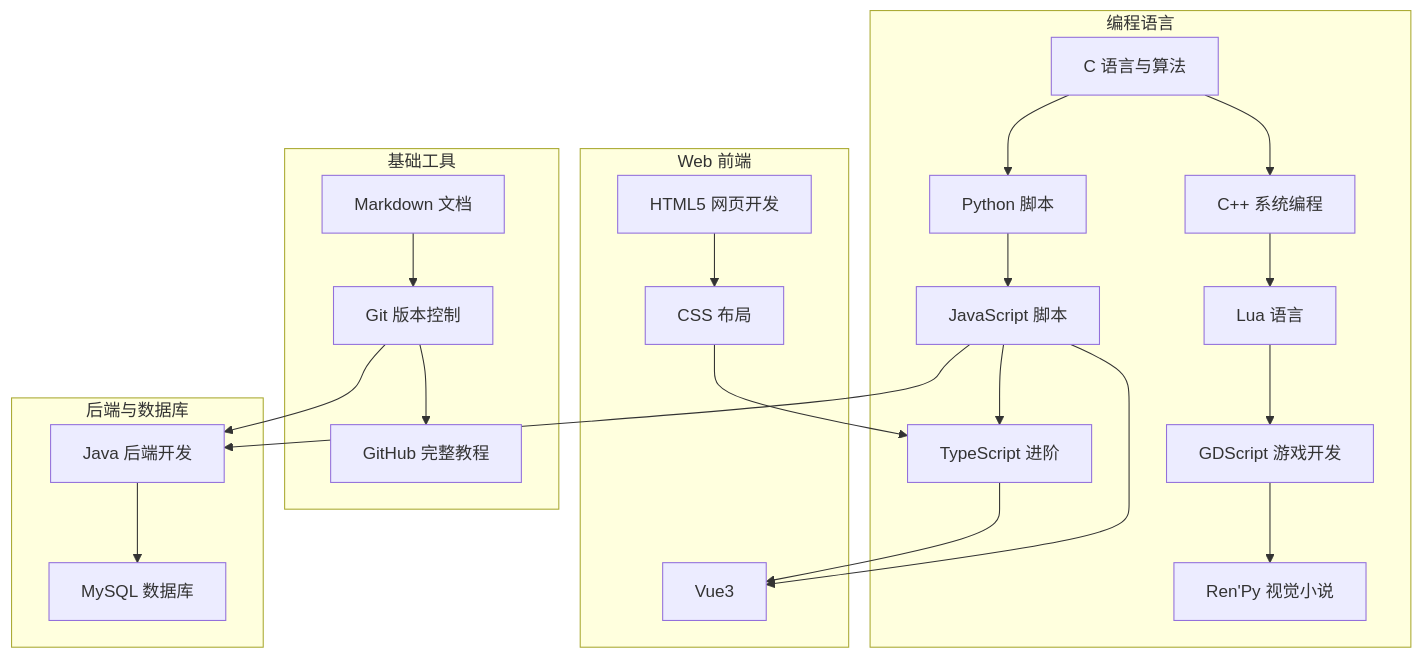
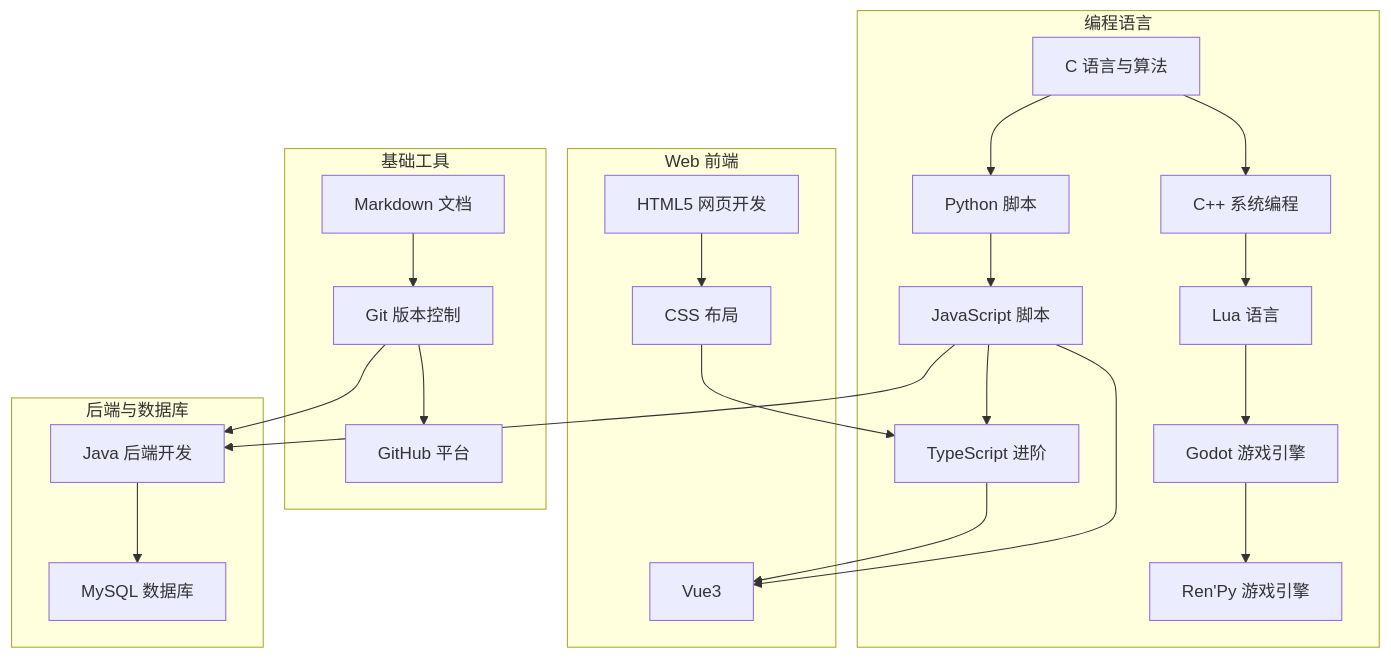
One commit to fanquanpp/MyNotebook changed the diagram in README.md. Above: the diagram before and after it, drawn with Mermaid. The commit also changed other lines of this file and 647 other files, not shown here.

````diff
--- a/README.md
+++ b/README.md
@@ -168,31 +171,31 @@
 ```mermaid
 graph TD
     subgraph 基础工具
         A[Markdown 文档] --> B[Git 版本控制]
-        B --> C[GitHub 完整教程]
+        B --> C[GitHub 平台]
     end
     
     subgraph 编程语言
         D[C 语言与算法] --> E[Python 脚本]
         E --> F[JavaScript 脚本]
         F --> G[TypeScript 进阶]
         D --> H[C++ 系统编程]
         H --> I[Lua 语言]
-        I --> J[GDScript 游戏开发]
-        J --> K[Ren'Py 视觉小说]
+        I --> J[Godot 游戏引擎]
+        J --> K[Ren'Py 游戏引擎]
     end
     
     subgraph Web 前端
         L[HTML5 网页开发] --> M[CSS 布局]
         M --> G
         G --> N[Vue3]
     end
     
     subgraph 后端与数据库
         O[Java 后端开发] --> P[MySQL 数据库]
     end
     
     B --> O
     F --> O
     F --> N
 ```
````
